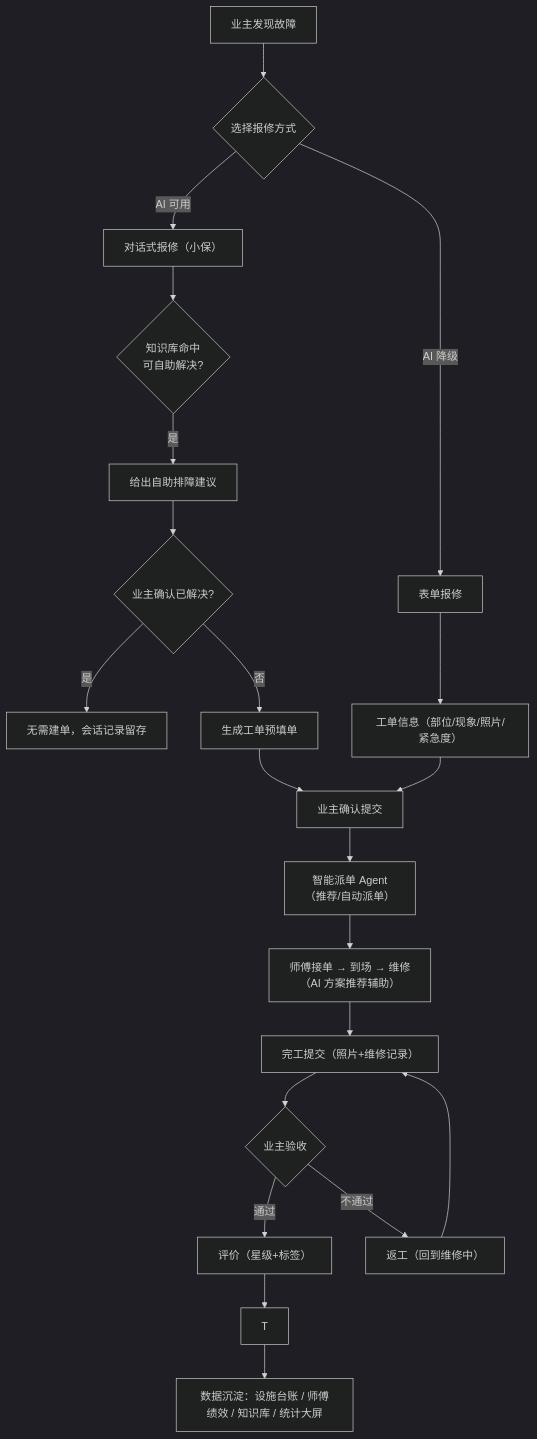
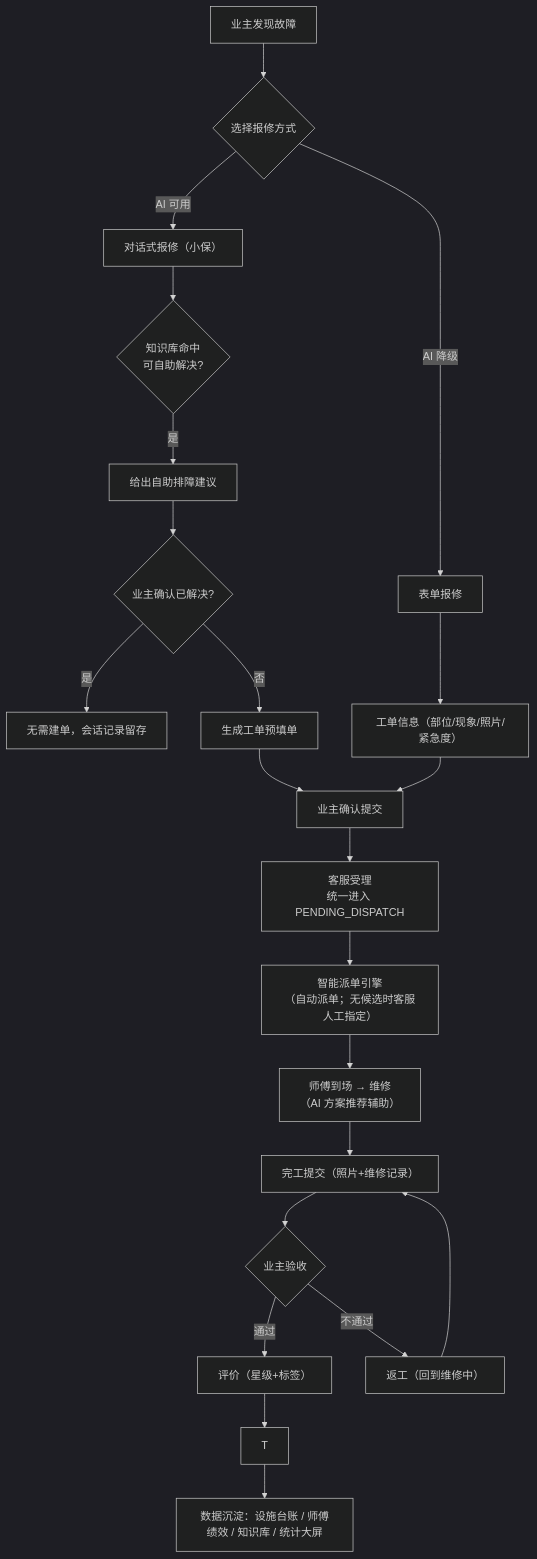
One commit to Zayu2005/WarrantyPro changed the second of 7 diagrams in docs/03-业务流程分析.md. Above: the diagram before and after it, drawn with Mermaid (dark theme). The commit also changed other lines of this file and 24 other files, not shown here.

````diff
--- a/docs/03-业务流程分析.md
+++ b/docs/03-业务流程分析.md
@@ -54,23 +54,24 @@
 ```mermaid
 flowchart TD
     A["业主发现故障"] --> B{"选择报修方式"}
     B -- AI 可用 --> C["对话式报修（小保）"]
     B -- AI 降级 --> D["表单报修"]
     C --> E{知识库命中<br/>可自助解决?}
     E -- 是 --> F["给出自助排障建议"]
     F --> G{业主确认已解决?}
     G -- 是 --> Z0["无需建单，会话记录留存"]
     G -- 否 --> H["生成工单预填单"]
     D --> H2["工单信息（部位/现象/照片/紧急度）"]
     H --> I["业主确认提交"]
     H2 --> I
-    I --> M["智能派单 Agent<br/>（推荐/自动派单）"]
-    M --> O["师傅接单 → 到场 → 维修<br/>（AI 方案推荐辅助）"]
+    I --> I2["客服受理<br/>统一进入 PENDING_DISPATCH"]
+    I2 --> M["智能派单引擎<br/>（自动派单；无候选时客服人工指定）"]
+    M --> O["师傅到场 → 维修<br/>（AI 方案推荐辅助）"]
     O --> Q["完工提交（照片+维修记录）"]
     Q --> R{"业主验收"}
     R -- 通过 --> S["评价（星级+标签）"]
     R -- 不通过 --> O2["返工（回到维修中）"]
     O2 --> Q
     S --> T
     T --> U["数据沉淀：设施台账 / 师傅绩效 / 知识库 / 统计大屏"]
 ```
````
